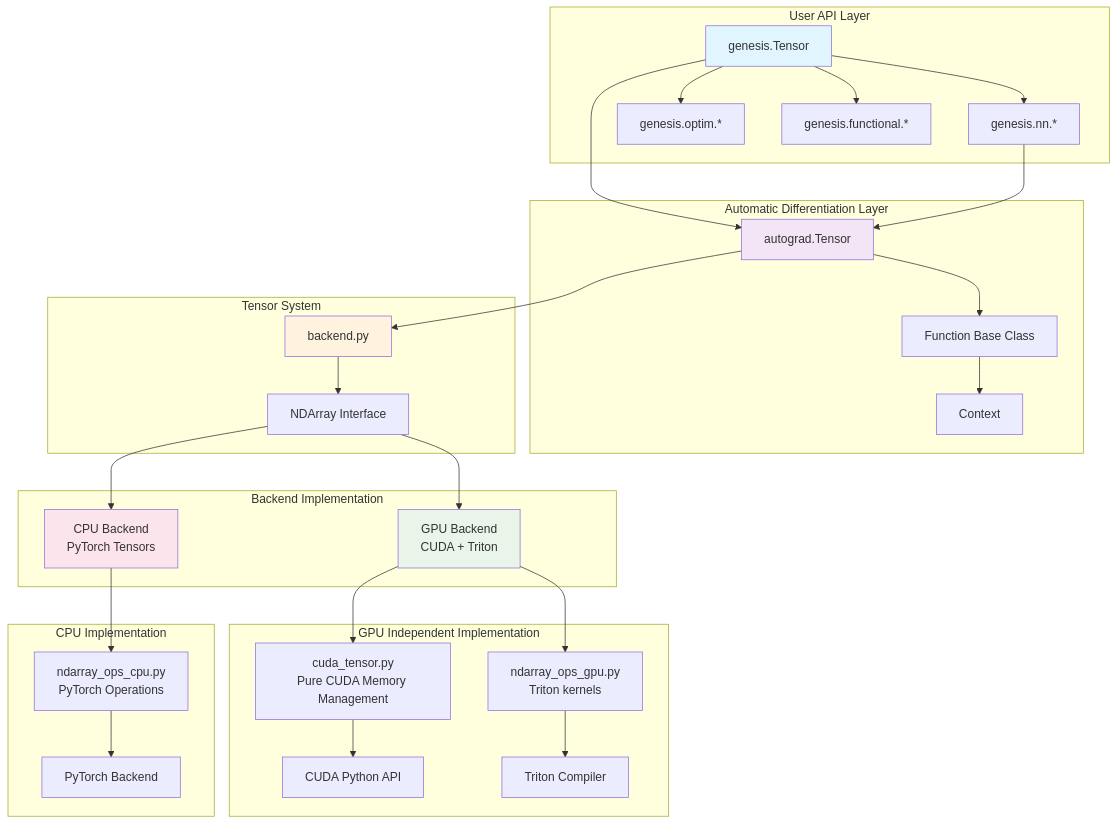
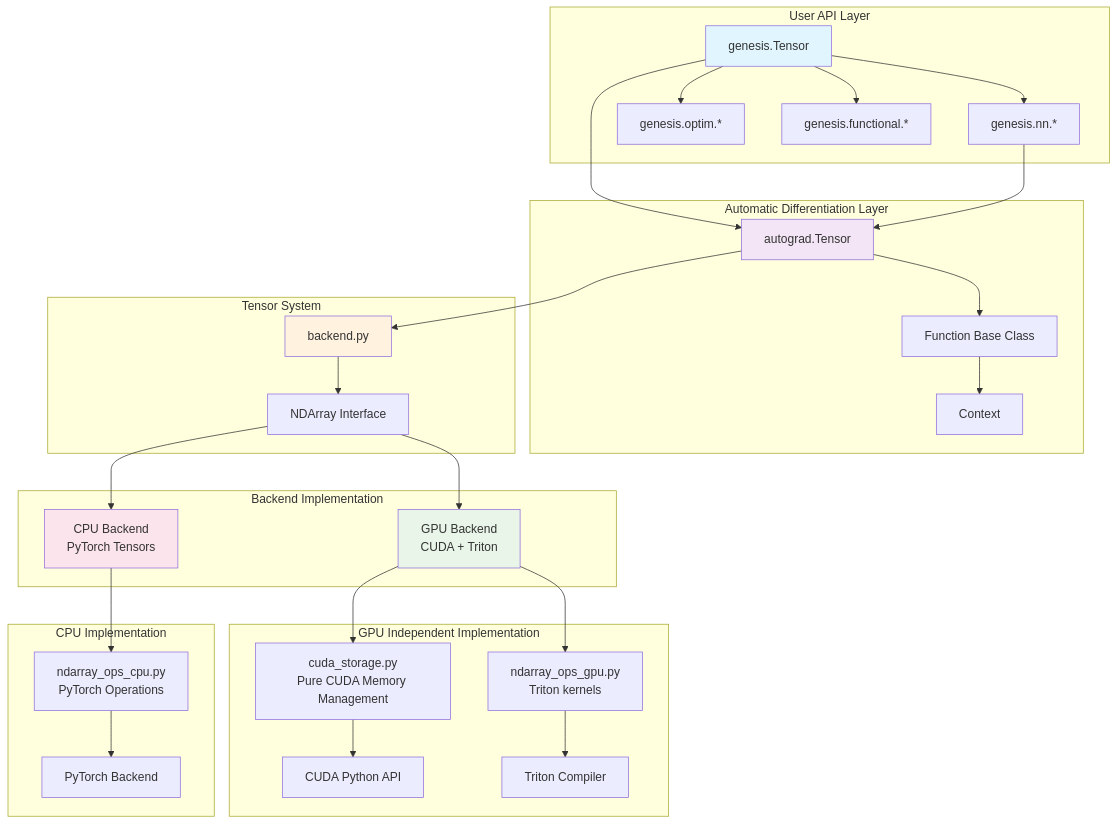
Before and after one commit to phonism/genesis: the diagram in docs/architecture/index.md, drawn with Mermaid. The commit also changed other lines of this file and 74 other files, not shown here.

````diff
--- a/docs/architecture/index.md
+++ b/docs/architecture/index.md
@@ -7,44 +7,44 @@
 ```mermaid
 graph TB
     subgraph "User API Layer"
         A[genesis.Tensor] --> B[genesis.nn.*]
         A --> C[genesis.optim.*]
         A --> D[genesis.functional.*]
     end
     
     subgraph "Automatic Differentiation Layer"
         E[autograd.Tensor] --> F[Function Base Class]
         F --> G[Context]
     end
     
     subgraph "Tensor System"
         H[backend.py] --> I[NDArray Interface]
     end
     
     subgraph "Backend Implementation"
         I --> J[CPU Backend<br/>PyTorch Tensors]
         I --> K[GPU Backend<br/>CUDA + Triton]
     end
     
     subgraph "GPU Independent Implementation"
-        K --> L[cuda_tensor.py<br/>Pure CUDA Memory Management]
+        K --> L[cuda_storage.py<br/>Pure CUDA Memory Management]
         K --> M[ndarray_ops_gpu.py<br/>Triton kernels]
         L --> N[CUDA Python API]
         M --> O[Triton Compiler]
     end
     
     subgraph "CPU Implementation"
         J --> P[ndarray_ops_cpu.py<br/>PyTorch Operations]
         P --> Q[PyTorch Backend]
     end
     
     A --> E
     B --> E
     E --> H
     
     style A fill:#e1f5fe
     style E fill:#f3e5f5
     style H fill:#fff3e0
     style K fill:#e8f5e8
     style J fill:#fce4ec
 ```
````
